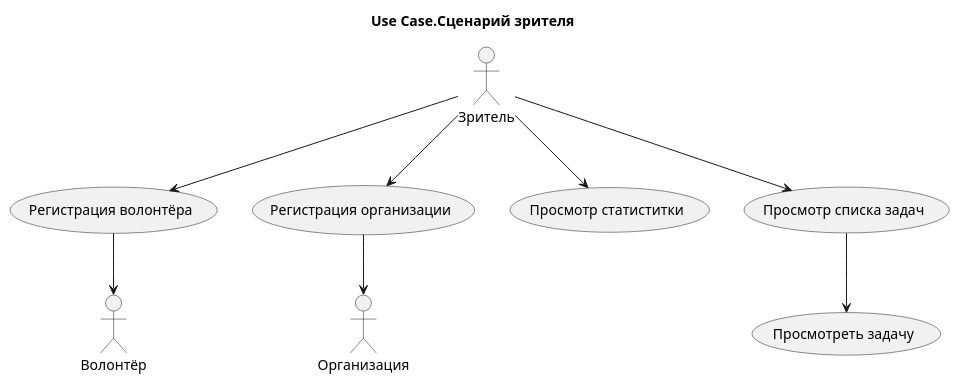
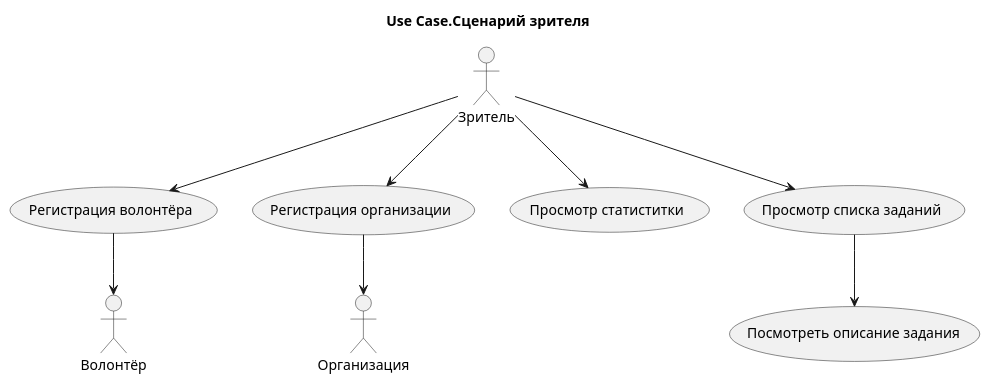
Before and after one commit to den990/daPomogu: the diagram in architecture/Use Cases/Use Case.Зритель.puml, drawn with PlantUML. The commit also changed 3 other files, not shown here.

```diff
--- a/architecture/Use Cases/Use Case.Зритель.puml
+++ b/architecture/Use Cases/Use Case.Зритель.puml
@@ -1,19 +1,19 @@
 @startuml
 
 skinparam style classic
 
 title Use Case.Сценарий зрителя
 
 :Зритель: 
 
 Зритель --> (Регистрация волонтёра)
 (Регистрация волонтёра) --> Волонтёр
 
 Зритель --> (Регистрация организации)
 (Регистрация организации) --> Организация
 
 Зритель --> (Просмотр статиститки)
-Зритель --> (Просмотр списка задач)
-(Просмотр списка задач) --> (Просмотреть задачу)
+Зритель --> (Просмотр списка заданий)
+(Просмотр списка заданий) --> (Посмотреть описание задания)
 
 @enduml
```
